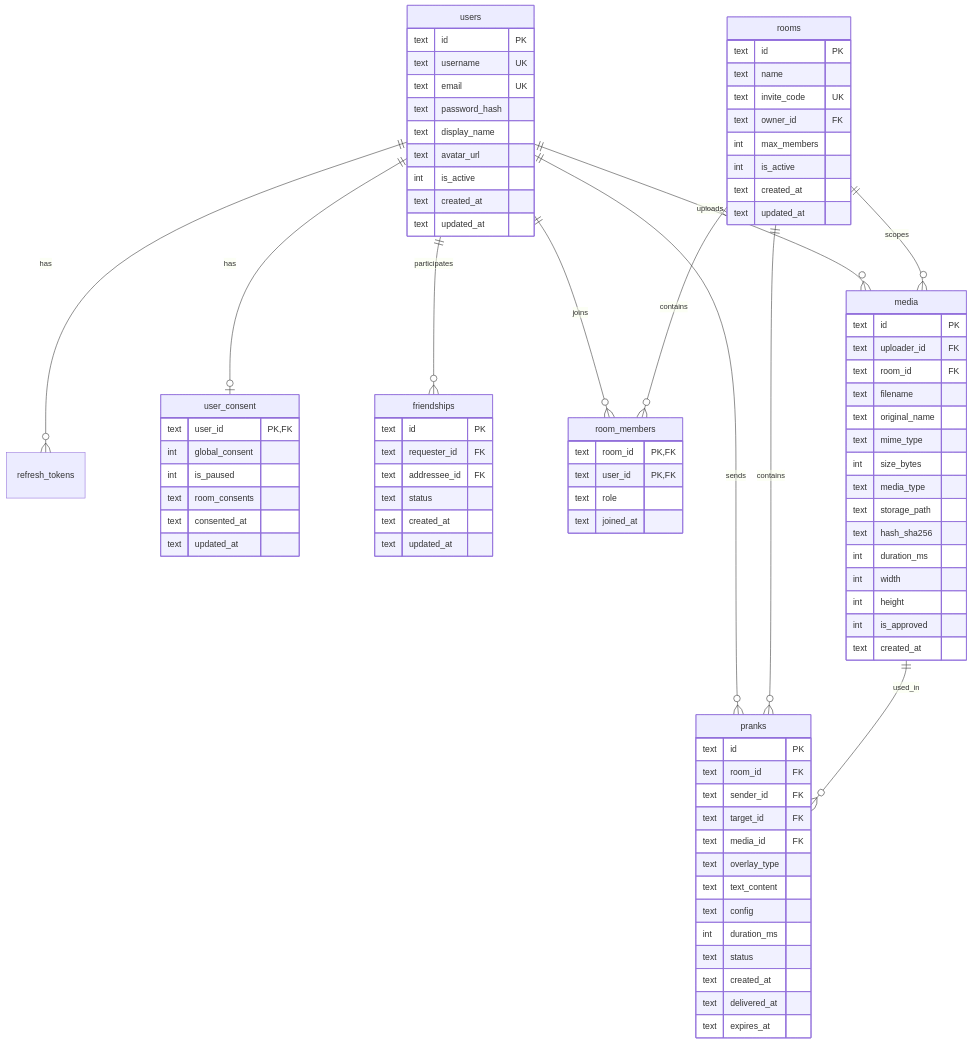
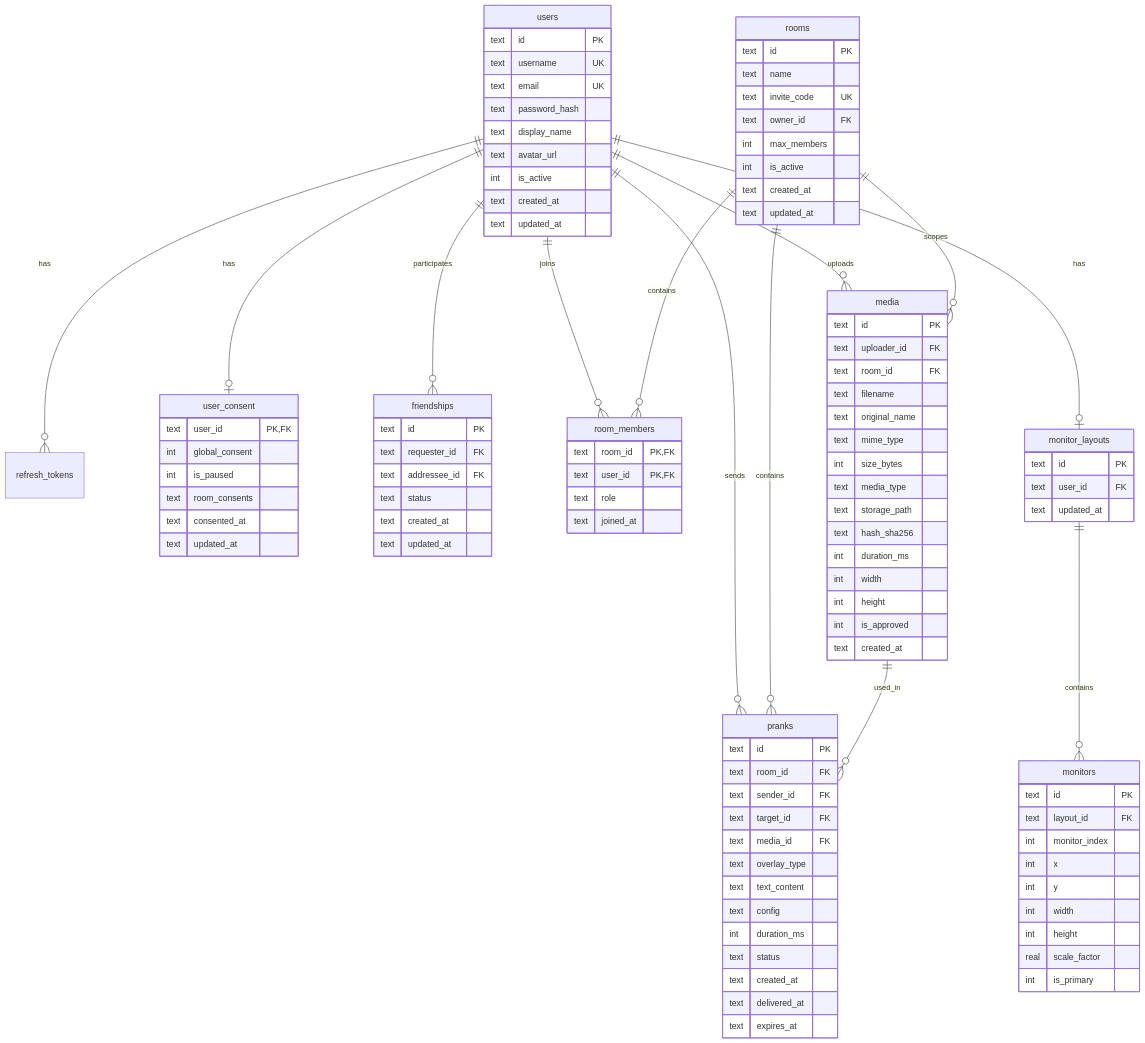
One commit to StriikzLeLama/LamaWorlds_ScreenRaid changed the diagram in docs/DATABASE.md. Above: the diagram before and after it, drawn with Mermaid. The commit also changed other lines of this file and 150 other files, not shown here.

````diff
--- a/docs/DATABASE.md
+++ b/docs/DATABASE.md
@@ -16,6 +16,8 @@
     users ||--o{ room_members : joins
     users ||--o{ media : uploads
     users ||--o{ pranks : sends
+    users ||--o| monitor_layouts : has
+    monitor_layouts ||--o{ monitors : contains
     rooms ||--o{ room_members : contains
     rooms ||--o{ media : scopes
     rooms ||--o{ pranks : contains
@@ -102,4 +104,22 @@
         text delivered_at
         text expires_at
     }
+
+    monitor_layouts {
+        text id PK
+        text user_id FK
+        text updated_at
+    }
+
+    monitors {
+        text id PK
+        text layout_id FK
+        int monitor_index
+        int x
+        int y
+        int width
+        int height
+        real scale_factor
+        int is_primary
+    }
 ```
````
